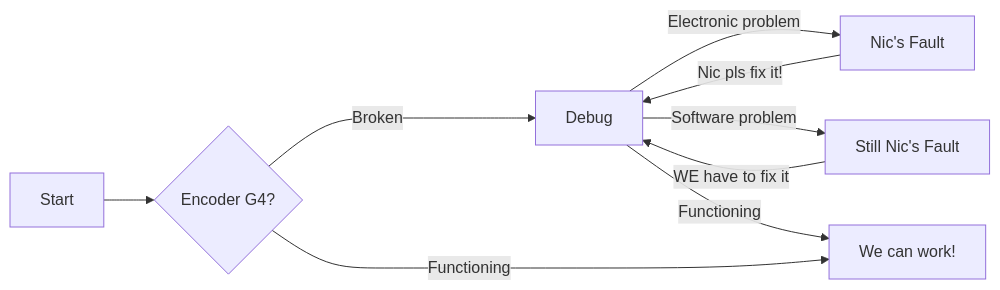
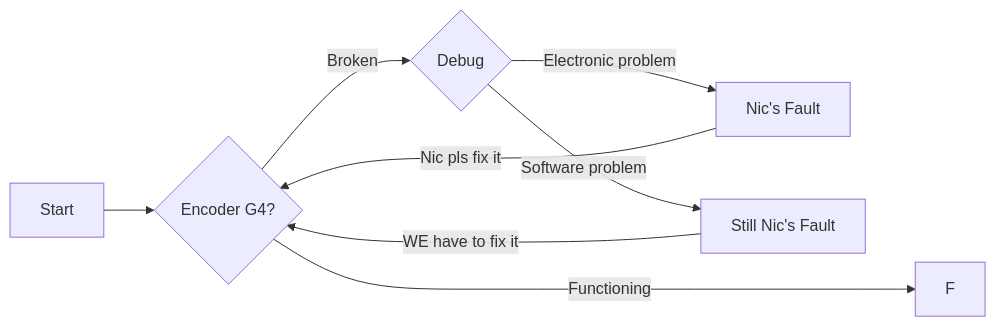
Before and after one commit to Sapienza-Technology/documentation: the diagram in docs/example.md, drawn with Mermaid. The commit also changed other lines of this file and 3 other files, not shown here.

````diff
--- a/docs/example.md
+++ b/docs/example.md
@@ -13,11 +36,10 @@
 ``` mermaid
 graph LR
   A[Start] --> B{Encoder G4?};
-  B -->|Broken| C[Debug];
+  B -->|Broken| C{Debug};
   C -->|Electronic problem| D[Nic's Fault];
-  D -->|Nic pls fix it!| C;
+  D -->|Nic pls fix it| B;
   C -->|Software problem| E[Still Nic's Fault];
-  E -->|WE have to fix it| C;
-  C -->|Functioning| F[We can work!];
+  E -->|WE have to fix it| B;
   B ---->|Functioning| F;
 ```
````
